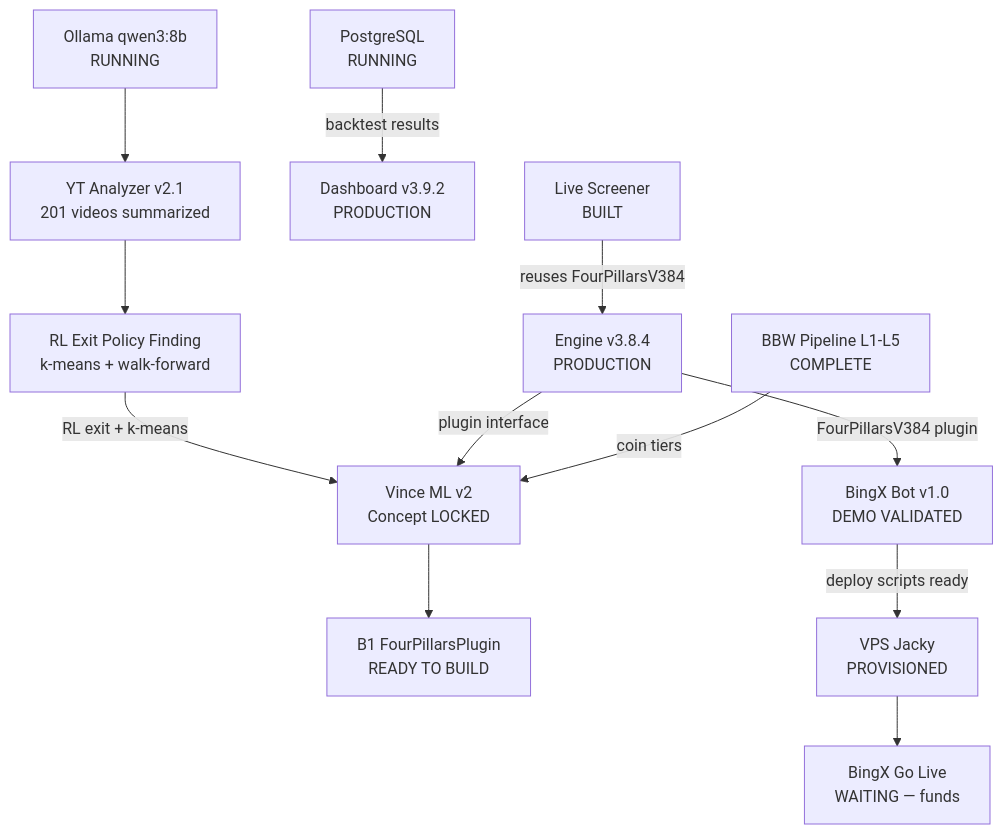
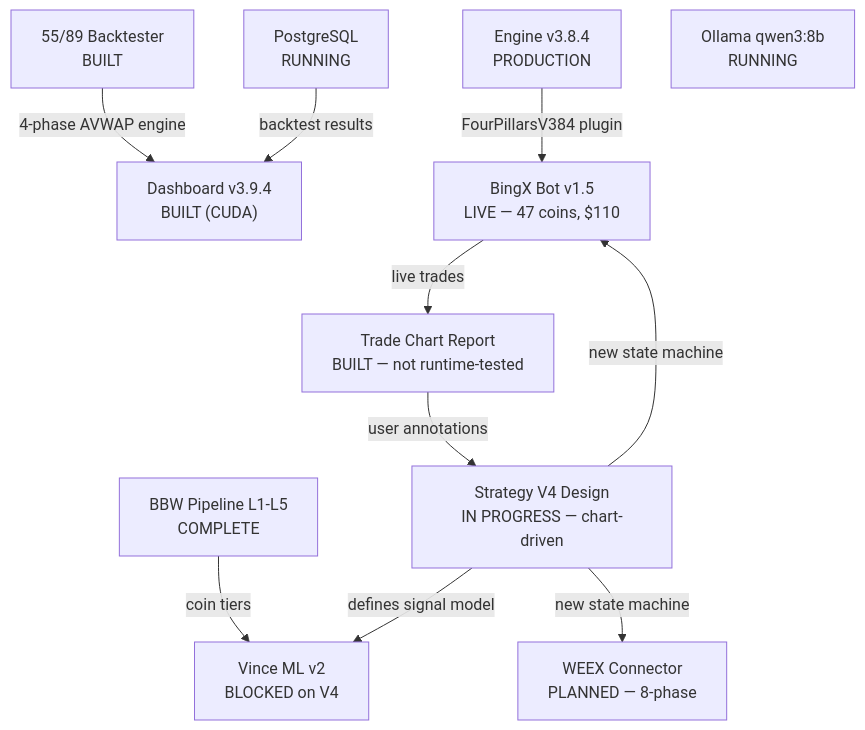
Before and after one commit to S23Web3/Vault: the diagram in PROJECT-OVERVIEW.md, drawn with Mermaid. The commit also changed other lines of this file and 18 other files, not shown here.

Commit message:
Vault update: WEEX connector planning, probe script, trade chart report, V4 strategy planning session logs 2026-03-12

````diff
--- a/PROJECT-OVERVIEW.md
+++ b/PROJECT-OVERVIEW.md
@@ -8,29 +8,27 @@
 ```mermaid
 graph TD
 
-YT["YT Analyzer v2.1\n201 videos summarized"]
-FINDINGS["RL Exit Policy Finding\nk-means + walk-forward"]
-VINCE["Vince ML v2\nConcept LOCKED"]
-B1["B1 FourPillarsPlugin\nREADY TO BUILD"]
-
 ENG["Engine v3.8.4\nPRODUCTION"]
-DASH["Dashboard v3.9.2\nPRODUCTION"]
+ENG5589["55/89 Backtester\nBUILT"]
+DASH["Dashboard v3.9.4\nBUILT (CUDA)"]
 BBW["BBW Pipeline L1-L5\nCOMPLETE"]
 
-BOT["BingX Bot v1.0\nDEMO VALIDATED"]
-SCR["Live Screener\nBUILT"]
-VPS["VPS Jacky\nPROVISIONED"]
-LIVE["BingX Go Live\nWAITING — funds"]
+BOT["BingX Bot v1.5\nLIVE — 47 coins, $110"]
+CHART["Trade Chart Report\nBUILT — not runtime-tested"]
+V4["Strategy V4 Design\nIN PROGRESS — chart-driven"]
+
+WEEX["WEEX Connector\nPLANNED — 8-phase"]
+VINCE["Vince ML v2\nBLOCKED on V4"]
 
 PG["PostgreSQL\nRUNNING"]
 OL["Ollama qwen3:8b\nRUNNING"]
 
-OL --> YT --> FINDINGS -->|"RL exit + k-means"| VINCE
-VINCE --> B1
+BOT -->|"live trades"| CHART -->|"user annotations"| V4
 ENG -->|"FourPillarsV384 plugin"| BOT
-ENG -->|"plugin interface"| VINCE
+ENG5589 -->|"4-phase AVWAP engine"| DASH
 BBW -->|"coin tiers"| VINCE
-SCR -->|"reuses FourPillarsV384"| ENG
-BOT -->|"deploy scripts ready"| VPS --> LIVE
+V4 -->|"defines signal model"| VINCE
+V4 -->|"new state machine"| WEEX
+V4 -->|"new state machine"| BOT
 PG -->|"backtest results"| DASH
 ```
````
